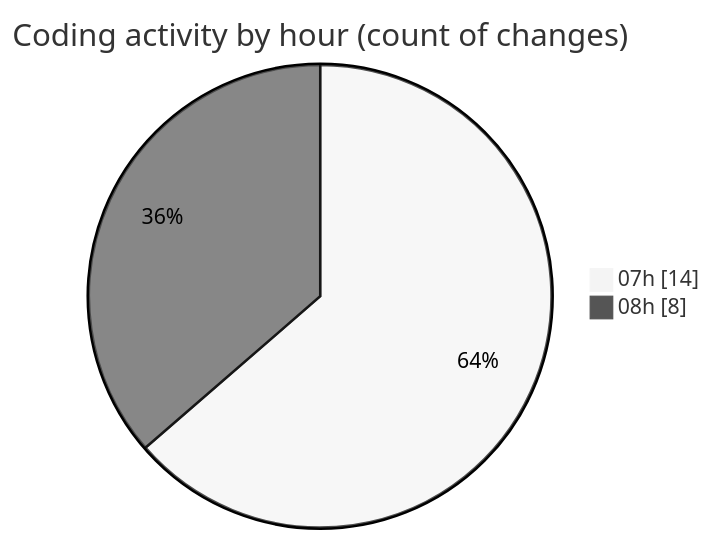
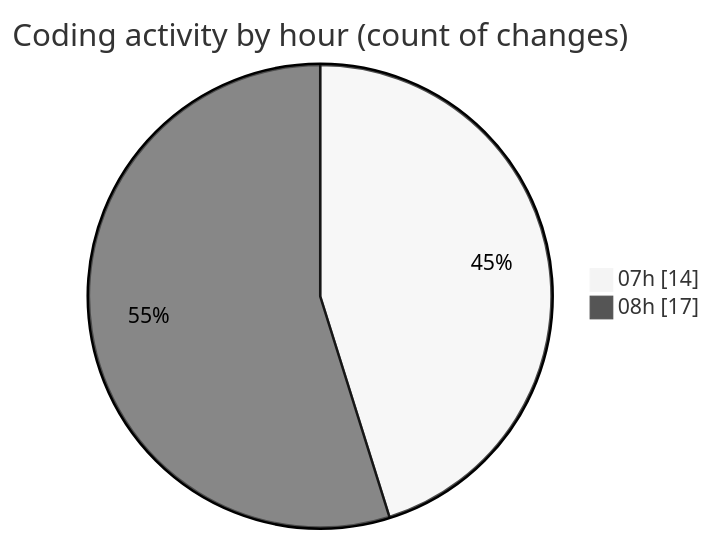
One commit to robertbonfada/code-tracking changed the second of 2 diagrams in 2025-02-05/mbc-web/README.md. Above: the diagram before and after it, drawn with Mermaid (neutral theme). The commit also changed other lines of this file and 1 other file, not shown here.

````diff
--- a/2025-02-05/mbc-web/README.md
+++ b/2025-02-05/mbc-web/README.md
@@ -33,6 +33,6 @@
 ```mermaid
 pie showData
 title Coding activity by hour (count of changes)
 "07h" : 14
-"08h" : 8
+"08h" : 17
 ```
````
